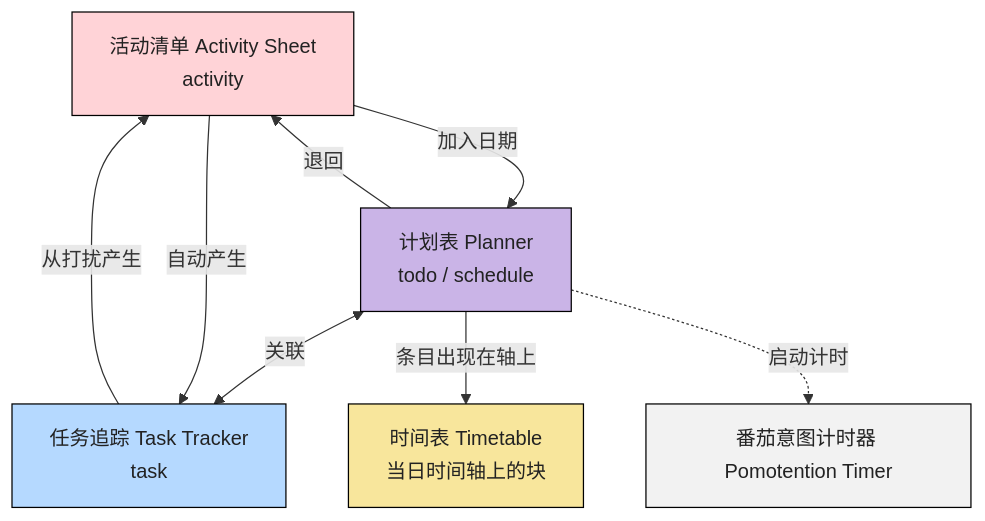
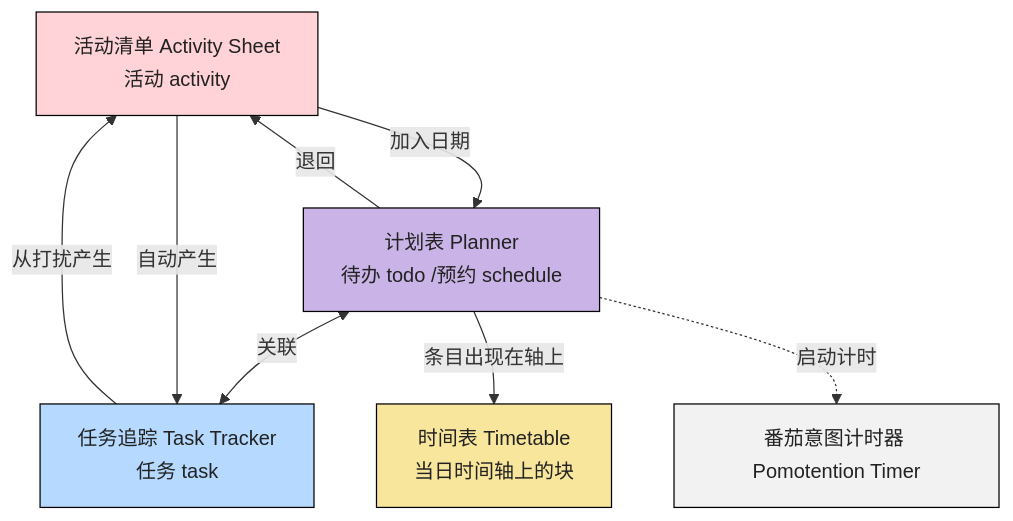
The diagram in docs/guide/reference/workflow.md (Xeonilian/pomotention), drawn with Mermaid before and after one commit. The commit also changed other lines of this file and 5 other files, not shown here.

````diff
--- a/docs/guide/reference/workflow.md
+++ b/docs/guide/reference/workflow.md
@@ -23,29 +21,29 @@
 ```mermaid
 flowchart TB
   classDef default line-height:1.65,color:#222,stroke:black,stroke-width:1px
   classDef red fill:#FFD3D7
   classDef blue fill:#B5D9FF
   classDef yellow fill:#F8E69C
   classDef purple fill:#CAB4E7
   classDef white fill:#f2f2f2
-  AS["活动清单 Activity Sheet<br/>activity"]
-  PL["计划表 Planner<br/>todo / schedule"]
-  TK["任务追踪 Task Tracker<br/>task "]
+  AS["活动清单 Activity Sheet<br/>活动 activity"]
+  PL["计划表 Planner<br/>待办 todo /预约 schedule"]
+  TK["任务追踪 Task Tracker<br/>任务 task "]
   TT["时间表 Timetable<br/>当日时间轴上的块"]
   PM["番茄意图计时器 Pomotention Timer"]
 
   TK -->|"从打扰产生"| AS
   PL <--> |"关联"| TK
   AS -->|"加入日期"| PL
   PL -->|"退回"| AS
   AS -->|"自动产生"| TK
   PL -->|"条目出现在轴上"| TT
   PL -.->|"启动计时"| PM
   class AS,PL,TT,TK,PM default
   class AS red
   class PL purple
   class TT yellow
   class TK blue
   class PM white
 
 ```
````
